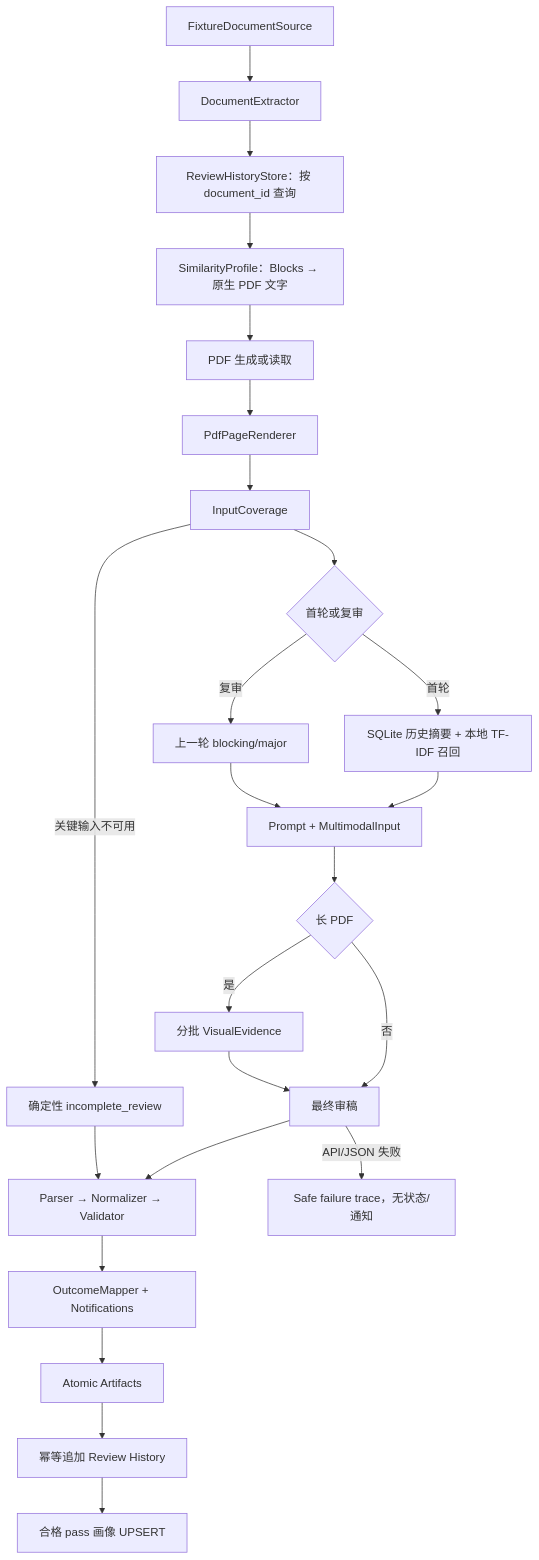
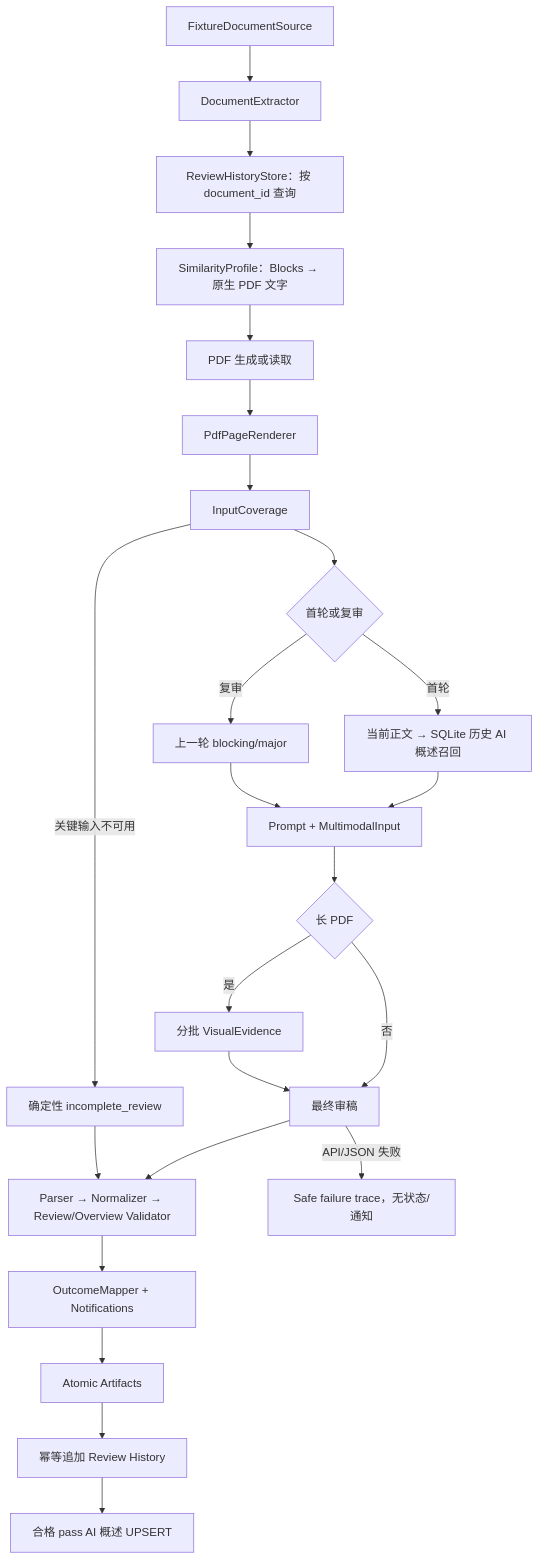
One commit to MuYi150/offline_feishu_agent changed the diagram in docs/architecture.md. Above: the diagram before and after it, drawn with Mermaid. The commit also changed other lines of this file and 40 other files, not shown here.

````diff
--- a/docs/architecture.md
+++ b/docs/architecture.md
@@ -7,26 +7,26 @@
 ```mermaid
 flowchart TD
     F["FixtureDocumentSource"] --> E["DocumentExtractor"]
     E --> D["ReviewHistoryStore：按 document_id 查询"]
     D --> T["SimilarityProfile：Blocks → 原生 PDF 文字"]
     T --> P["PDF 生成或读取"]
     P --> R["PdfPageRenderer"]
     R --> C["InputCoverage"]
     C --> M{"首轮或复审"}
-    M -->|首轮| S["SQLite 历史摘要 + 本地 TF-IDF 召回"]
+    M -->|首轮| S["当前正文 → SQLite 历史 AI 概述召回"]
     M -->|复审| H["上一轮 blocking/major"]
     S --> B["Prompt + MultimodalInput"]
     H --> B
     B --> L{"长 PDF"}
     L -->|是| V["分批 VisualEvidence"]
     L -->|否| K["最终审稿"]
     V --> K
-    K --> J["Parser → Normalizer → Validator"]
+    K --> J["Parser → Normalizer → Review/Overview Validator"]
     J --> O["OutcomeMapper + Notifications"]
     O --> A["Atomic Artifacts"]
     A --> H2["幂等追加 Review History"]
-    H2 --> U["合格 pass 画像 UPSERT"]
+    H2 --> U["合格 pass AI 概述 UPSERT"]
     C -->|关键输入不可用| I["确定性 incomplete_review"]
     I --> J
     K -->|API/JSON 失败| X["Safe failure trace，无状态/通知"]
 ```
````
